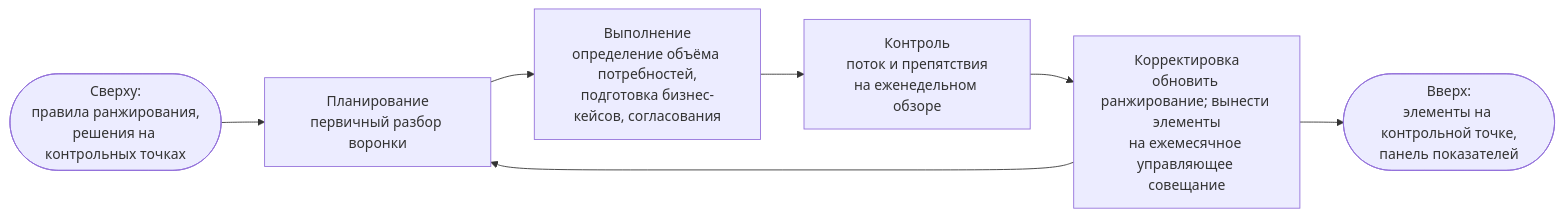
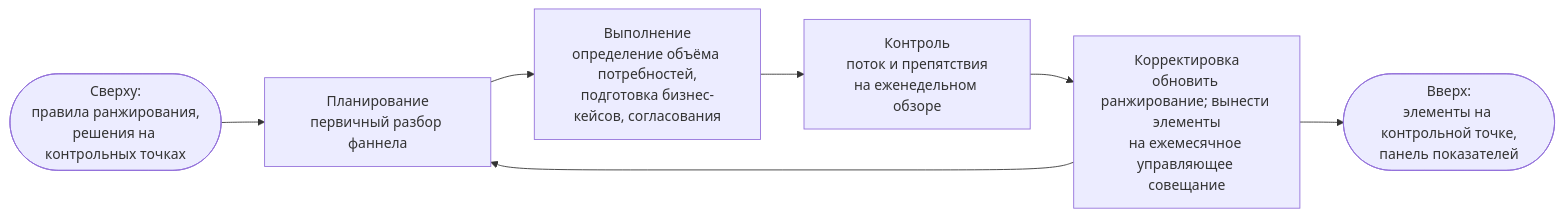
One commit to devhogu/ob-aicc changed the fifth of 5 diagrams in portal/content/ru/portfolio/the-loops-and-governance.md. Above: the diagram before and after it, drawn with Mermaid. The commit also changed other lines of this file and 96 other files, not shown here.

````diff
--- a/portal/content/ru/portfolio/the-loops-and-governance.md
+++ b/portal/content/ru/portfolio/the-loops-and-governance.md
@@ -79,9 +79,9 @@
 ```mermaid
 flowchart LR
-  IN(["Сверху:<br/>правила ранжирования,<br/>решения на контрольных точках"]) --> P["Планирование<br/>первичный разбор воронки"]
+  IN(["Сверху:<br/>правила ранжирования,<br/>решения на контрольных точках"]) --> P["Планирование<br/>первичный разбор фаннела"]
   P --> D["Выполнение<br/>определение объёма потребностей,<br/>подготовка бизнес-кейсов, согласования"]
   D --> C["Контроль<br/>поток и препятствия<br/>на еженедельном обзоре"]
   C --> A["Корректировка<br/>обновить ранжирование; вынести элементы<br/>на ежемесячное управляющее совещание"]
   A --> P
   A --> OUT(["Вверх:<br/>элементы на контрольной точке,<br/>панель показателей"])
 ```
````
